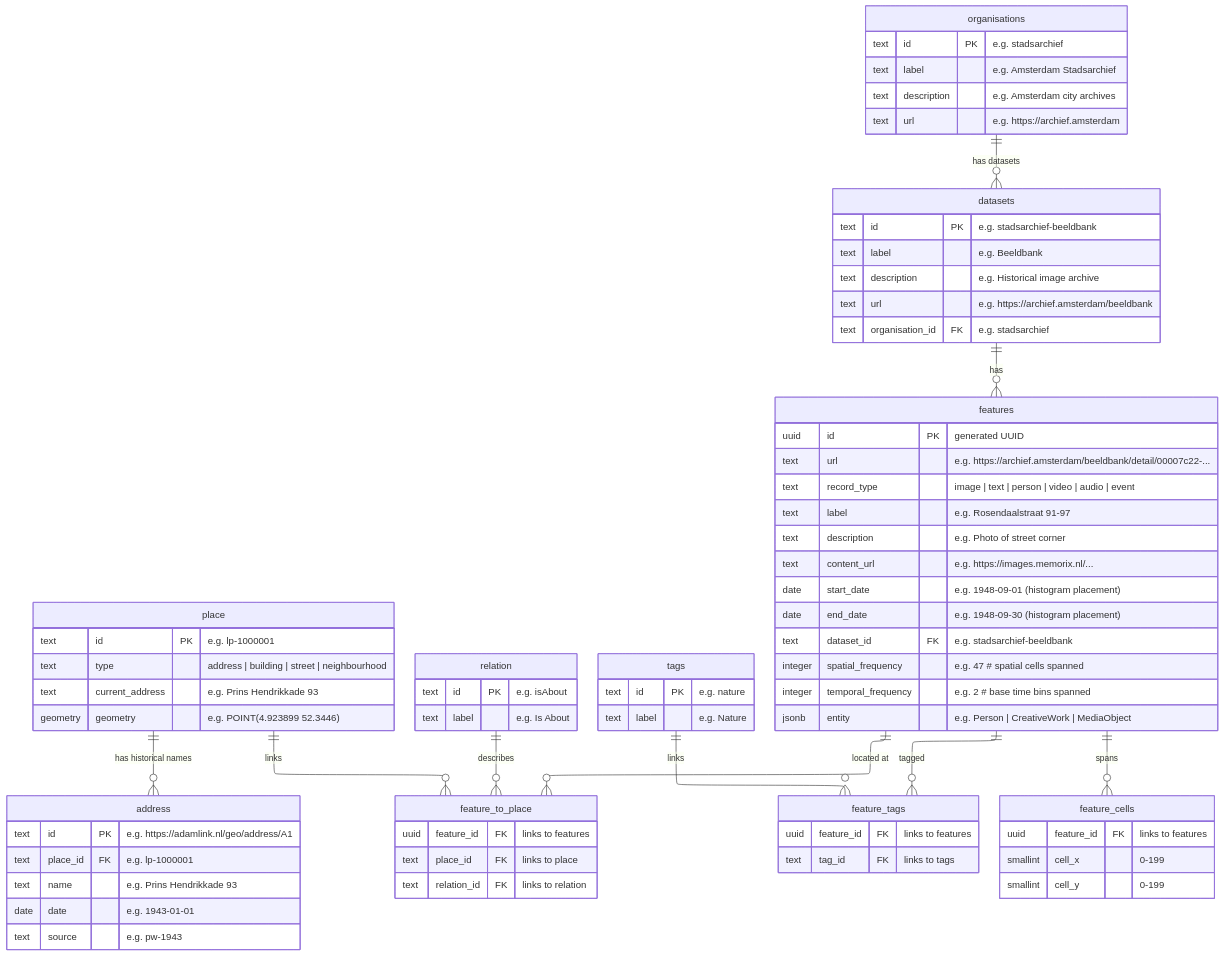
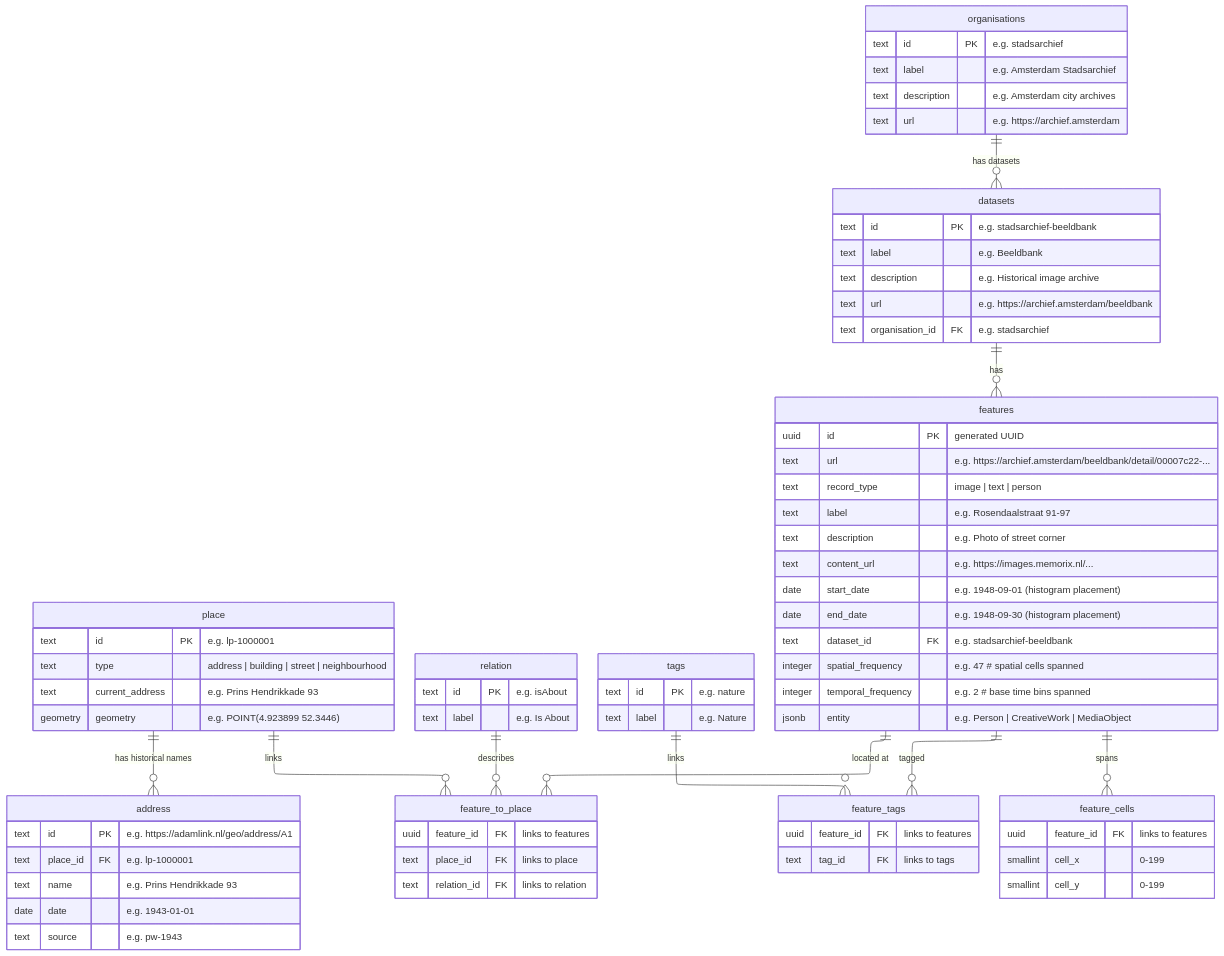
Before and after one commit to amsterdamtimemachine/data-index: the diagram in README.md, drawn with Mermaid. The commit also changed other lines of this file and 5 other files, not shown here.

```diff
--- a/README.md
+++ b/README.md
@@ -87,7 +87,7 @@
     features {
         uuid id PK "generated UUID"
         text url  "e.g. https://archief.amsterdam/beeldbank/detail/00007c22-..."
-        text record_type  "image | text | person | video | audio | event"
+        text record_type  "image | text | person"
         text label  "e.g. Rosendaalstraat 91-97"
         text description  "e.g. Photo of street corner"
         text content_url  "e.g. https://images.memorix.nl/..."
```
